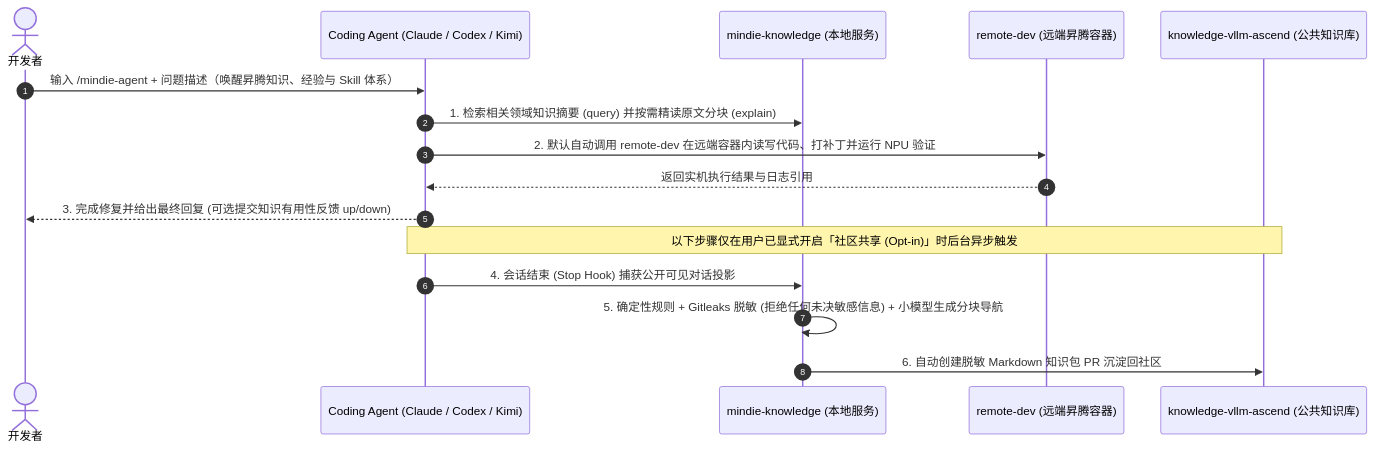
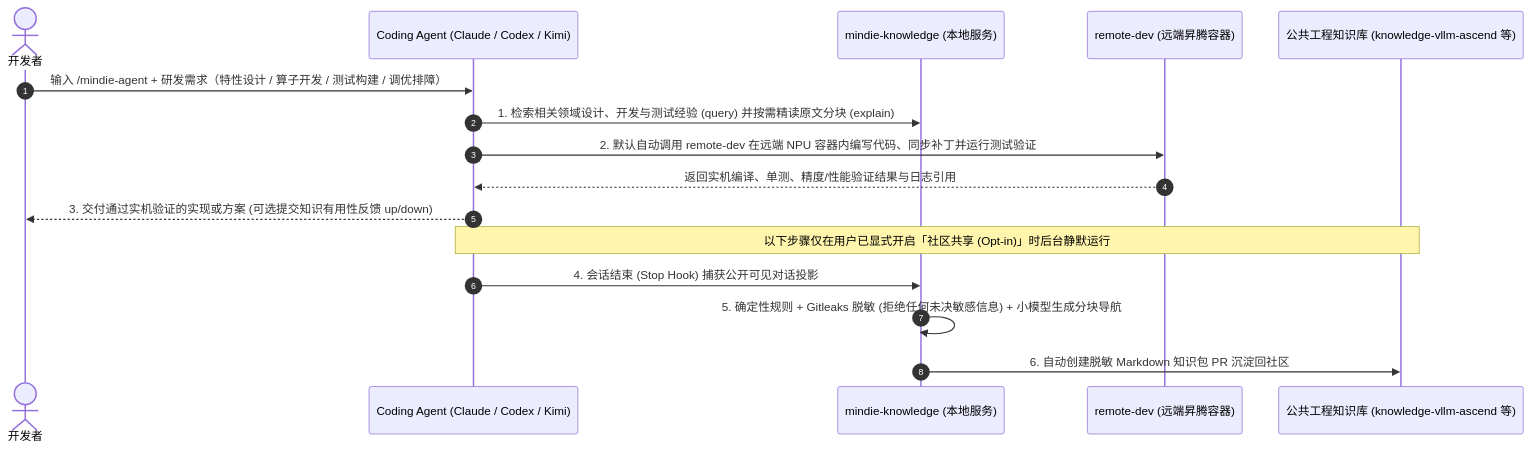
The second of 2 diagrams in README.md (Yuli-yx/vllm-ascend-workspace), drawn with Mermaid before and after one commit. The commit also changed other lines of this file and 1 other file, not shown here.

Commit message:
docs: position MindIE Agent as unified Ascend NPU AI Infra agent platform (#230)

````diff
--- a/README.md
+++ b/README.md
@@ -169,19 +171,19 @@
 ```mermaid
 sequenceDiagram
   autonumber
   actor Dev as 开发者
   participant Agent as Coding Agent (Claude / Codex / Kimi)
   participant Know as mindie-knowledge (本地服务)
   participant NPU as remote-dev (远端昇腾容器)
-  participant Repo as knowledge-vllm-ascend (公共知识库)
+  participant Repo as 公共工程知识库 (knowledge-vllm-ascend 等)
 
-  Dev->>Agent: 输入 /mindie-agent + 问题描述（唤醒昇腾知识、经验与 Skill 体系）
-  Agent->>Know: 1. 检索相关领域知识摘要 (query) 并按需精读原文分块 (explain)
-  Agent->>NPU: 2. 默认自动调用 remote-dev 在远端容器内读写代码、打补丁并运行 NPU 验证
-  NPU-->>Agent: 返回实机执行结果与日志引用
-  Agent-->>Dev: 3. 完成修复并给出最终回复 (可选提交知识有用性反馈 up/down)
-  Note over Agent,Repo: 以下步骤仅在用户已显式开启「社区共享 (Opt-in)」时后台异步触发
+  Dev->>Agent: 输入 /mindie-agent + 研发需求（特性设计 / 算子开发 / 测试构建 / 调优排障）
+  Agent->>Know: 1. 检索相关领域设计、开发与测试经验 (query) 并按需精读原文分块 (explain)
+  Agent->>NPU: 2. 默认自动调用 remote-dev 在远端 NPU 容器内编写代码、同步补丁并运行测试验证
+  NPU-->>Agent: 返回实机编译、单测、精度/性能验证结果与日志引用
+  Agent-->>Dev: 3. 交付通过实机验证的实现或方案 (可选提交知识有用性反馈 up/down)
+  Note over Agent,Repo: 以下步骤仅在用户已显式开启「社区共享 (Opt-in)」时后台静默运行
   Agent->>Know: 4. 会话结束 (Stop Hook) 捕获公开可见对话投影
   Know->>Know: 5. 确定性规则 + Gitleaks 脱敏 (拒绝任何未决敏感信息) + 小模型生成分块导航
   Know->>Repo: 6. 自动创建脱敏 Markdown 知识包 PR 沉淀回社区
 ```
````
